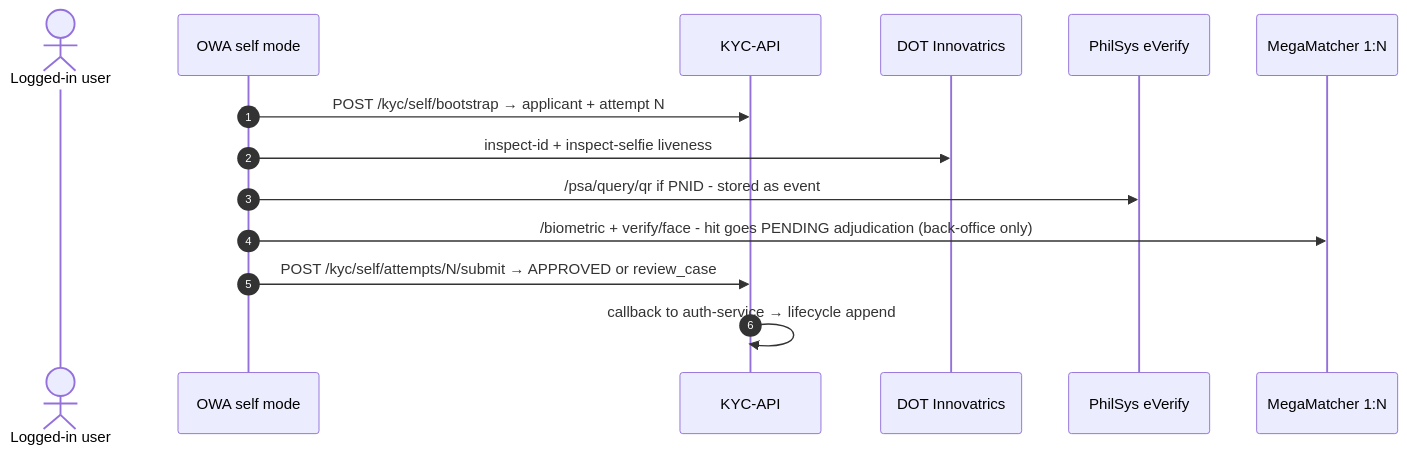
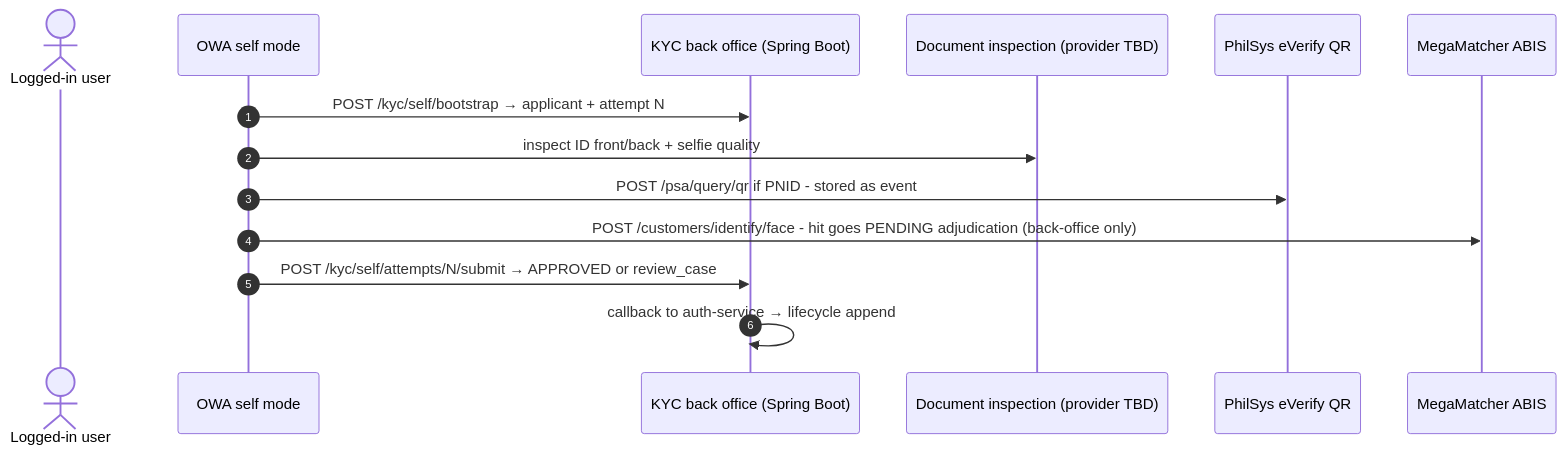
Before and after one commit to kevzo8/cps-272: the fourth of 9 diagrams in docs/TDD-CPS-272-Self-Service-Registration-KYC.md, drawn with Mermaid. The commit also changed other lines of this file and 9 other files, not shown here.

Commit message:
Retire legacy kyc-api and Innovatrics: Spring Boot back office reality plus Q9

````diff
--- a/docs/TDD-CPS-272-Self-Service-Registration-KYC.md
+++ b/docs/TDD-CPS-272-Self-Service-Registration-KYC.md
@@ -173,16 +173,16 @@
 ```mermaid
 sequenceDiagram
     autonumber
     actor U as Logged-in user
     participant O as OWA self mode
-    participant K as KYC-API
-    participant DOT as DOT Innovatrics
-    participant PS as PhilSys eVerify
-    participant MM as MegaMatcher 1:N
+    participant K as KYC back office (Spring Boot)
+    participant DI as Document inspection (provider TBD)
+    participant PS as PhilSys eVerify QR
+    participant MM as MegaMatcher ABIS
     O->>K: POST /kyc/self/bootstrap → applicant + attempt N
-    O->>DOT: inspect-id + inspect-selfie liveness
-    O->>PS: /psa/query/qr if PNID - stored as event
-    O->>MM: /biometric + verify/face - hit goes PENDING adjudication (back-office only)
+    O->>DI: inspect ID front/back + selfie quality
+    O->>PS: POST /psa/query/qr if PNID - stored as event
+    O->>MM: POST /customers/identify/face - hit goes PENDING adjudication (back-office only)
     O->>K: POST /kyc/self/attempts/N/submit → APPROVED or review_case
     K->>K: callback to auth-service → lifecycle append
 ```
````
